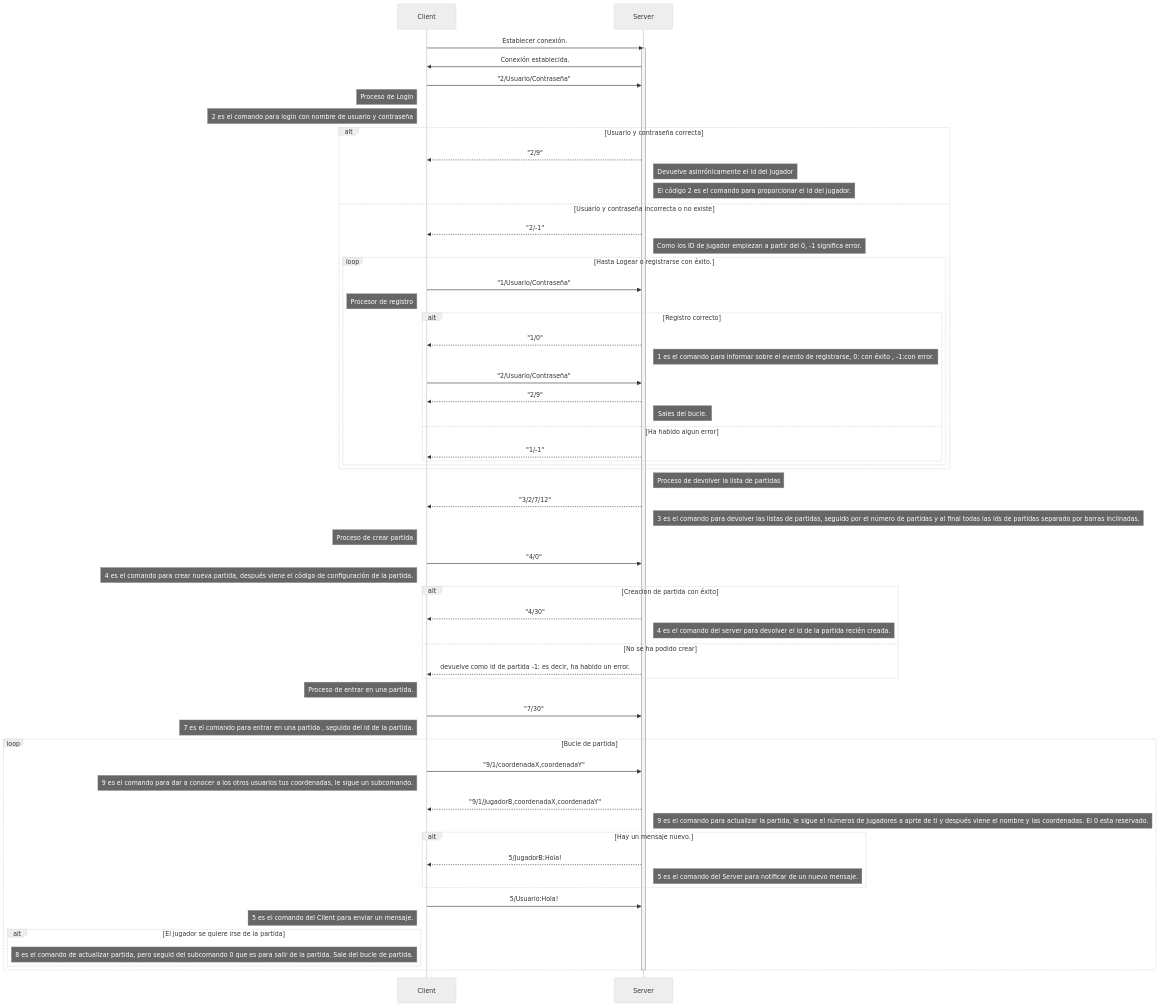
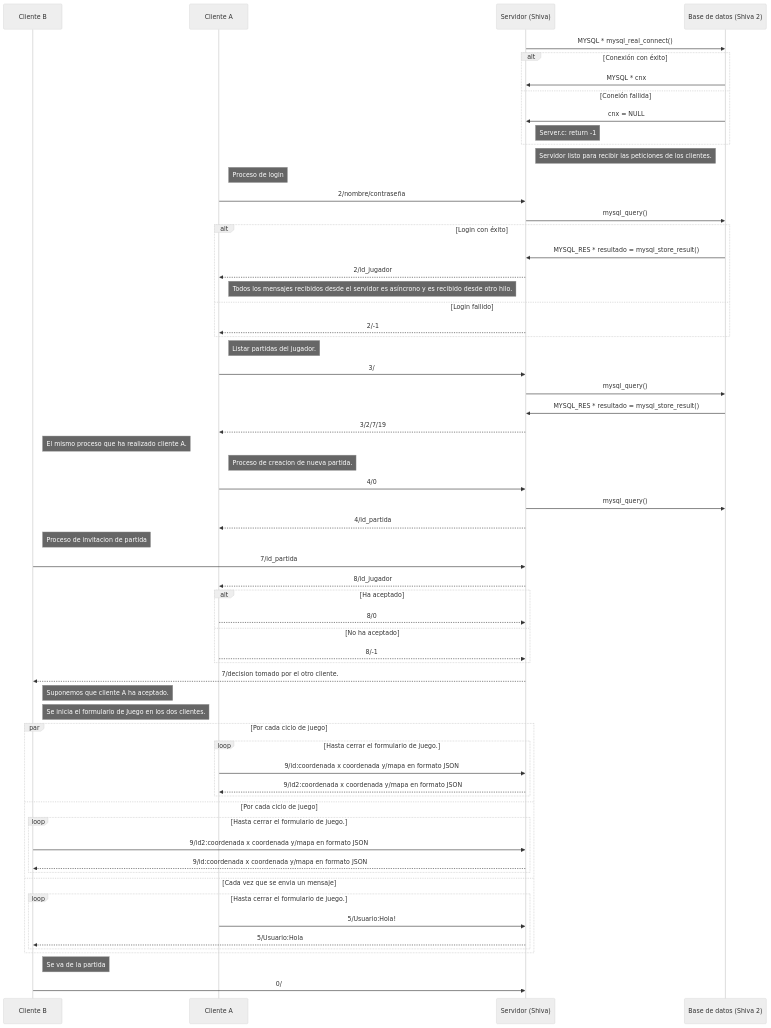
The diagram in README.md (wenjie-c/Proyecto-T3-SO-2024), drawn with Mermaid (neutral theme) before and after one commit. The commit also changed other lines of this file and 19 other files, not shown here.

Commit message:
He corregido el error de que el gamecontrol1 no se cerraba al cerrar el formulario Juego. He adaptado el cliente, el servidor y las bases de datos para subirlo en Shiva y en Shiva2, ademas he implementado la musica.

````diff
--- a/README.md
+++ b/README.md
@@ -8,71 +8,73 @@
 ```mermaid
-sequenceDiagram
-participant Client
-participant Server
-Client ->> Server: Establecer conexión.
-activate Server
-Server ->> Client : Conexión establecida.
-Client ->> Server : "2/Usuario/Contraseña"
-Note left of Client : Proceso de Login
-Note left of Client : 2 es el comando para login con nombre de usuario y contraseña
-alt Usuario y contraseña correcta
-Server -->> Client : "2/9"
-Note right of Server : Devuelve asinrónicamente el id del jugador
-Note right of Server : El código 2 es el comando para proporcionar el id del jugador.
-else Usuario y contraseña incorrecta o no existe
-Server -->> Client : "2/-1"
-Note right of Server : Como los ID de jugador empiezan a partir del 0, -1 significa error.
-loop Hasta Logear o registrarse con éxito.
-Client ->> Server : "1/Usuario/Contraseña"
+sequenceDiagram;
+participant Cliente B;
+participant Cliente A;
 
-Note left of Client : Procesor de registro
-alt Registro correcto
+participant Servidor (Shiva);
+participant Base de datos (Shiva 2);
 
-Server -->> Client : "1/0" 
-Note right of Server: 1 es el comando para informar sobre el evento de registrarse, 0: con éxito , -1:con error.
-Client ->> Server : "2/Usuario/Contraseña"
-Server -->> Client : "2/9"
-Note right of Server: Sales del bucle.
-else Ha habido algun error
-Server -->> Client : "1/-1"
-end
-end
-end
-Note right of Server : Proceso de devolver la lista de partidas
-Server -->> Client : "3/2/7/12"
-Note right of Server: 3 es el comando para devolver las listas de partidas, seguido por el número de partidas y al final todas las ids de partidas separado por barras inclinadas.
-Note left of Client: Proceso de crear partida
-Client ->> Server : "4/0"
-Note left of Client : 4 es el comando para crear nueva partida, después viene el código de configuración de la partida.
-alt Creacion de partida con éxito
-Server -->> Client : "4/30"
-Note right of Server : 4 es el comando del server para devolver el id de la partida recién creada.
-else No se ha podido crear
-Server -->> Client : devuelve como id de partida -1: es decir, ha habido un error.
+Servidor (Shiva) ->> Base de datos (Shiva 2): MYSQL * mysql_real_connect();
+alt Conexión con éxito
+Base de datos (Shiva 2) ->> Servidor (Shiva): MYSQL * cnx;
+else Coneión fallida
+Base de datos (Shiva 2) ->> Servidor (Shiva): cnx = NULL;
+Note right of Servidor (Shiva): Server.c: return -1;
+end;
+Note right of Servidor (Shiva): Servidor listo para recibir las peticiones de los clientes.
+Note right of Cliente A: Proceso de login;
+Cliente A ->> Servidor (Shiva): 2/nombre/contraseña
+Servidor (Shiva) ->> Base de datos (Shiva 2): mysql_query();
+alt Login con éxito
+Base de datos (Shiva 2) ->> Servidor (Shiva): MYSQL_RES * resultado = mysql_store_result();
+Servidor (Shiva) -->> Cliente A: 2/id_jugador;
+Note right of Cliente A: Todos los mensajes recibidos desde el servidor es asíncrono y es recibido desde otro hilo.
+else Login fallido
+Servidor (Shiva) -->> Cliente A: 2/-1;
 end
 
-Note left of Client: Proceso de entrar en una partida.
-Client ->> Server: "7/30"
-Note left of Client : 7 es el comando para entrar en una partida , seguido del id de la partida.
+Note right of Cliente A: Listar partidas del jugador.
+Cliente A ->> Servidor (Shiva): 3/;
+Servidor (Shiva) ->> Base de datos (Shiva 2): mysql_query();
+Base de datos (Shiva 2) ->> Servidor (Shiva): MYSQL_RES * resultado = mysql_store_result();
+Servidor (Shiva) -->> Cliente A: 3/2/7/19;
+Note right of Cliente B: El mismo proceso que ha realizado cliente A.
+Note right of Cliente A: Proceso de creacion de nueva partida.;
+Cliente A ->> Servidor (Shiva): 4/0;
+Servidor (Shiva) ->> Base de datos (Shiva 2): mysql_query();
+Servidor (Shiva) -->> Cliente A: 4/id_partida;
 
-loop Bucle de partida
-Client ->> Server : "9/1/coordenadaX,coordenadaY"
-Note left of Client : 9 es el comando para dar a conocer a los otros usuarios tus coordenadas, le sigue un subcomando.
-Server -->> Client : "9/1/JugadorB,coordenadaX,coordenadaY"
-Note right of Server : 9 es el comando para actualizar la partida, le sigue el números de jugadores a aprte de ti y después viene el nombre y las coordenadas. El 0 esta reservado.
+Note right of Cliente B: Proceso de invitacion de partida;
 
-alt Hay un mensaje nuevo.
-Server -->> Client : 5/JugadorB:Hola!
-Note right of Server: 5 es el comando del Server para notificar de un nuevo mensaje.
-end
-Client ->> Server: 5/Usuario:Hola!
-Note left of Client: 5 es el comando del Client para enviar un mensaje.
-alt El jugador se quiere irse de la partida
-Note left of Client: 8 es el comando de actualizar partida, pero seguid del subcomando 0 que es para salir de la partida. Sale del bucle de partida.
-end
-end
+Cliente B ->> Servidor (Shiva): 7/id_partida
+Servidor (Shiva) -->> Cliente A: 8/id_jugador
+alt Ha aceptado
+Cliente A -->> Servidor (Shiva): 8/0;
+else No ha aceptado
+Cliente A -->> Servidor (Shiva): 8/-1
+end;
+Servidor (Shiva) -->> Cliente B: 7/decision tomado por el otro cliente.
+Note right of Cliente B: Suponemos que cliente A ha aceptado.
 
-deactivate Server
+Note right of Cliente B: Se inicia el formulario de Juego en los dos clientes.
 
+par Por cada ciclo de juego
+loop Hasta cerrar el formulario de juego.
+Cliente A ->> Servidor (Shiva): 9/id:coordenada x coordenada y/mapa en formato JSON;
+Servidor (Shiva) -->> Cliente A: 9/id2:coordenada x coordenada y/mapa en formato JSON;
+end;
+and Por cada ciclo de juego
+loop Hasta cerrar el formulario de juego.
+Cliente B ->> Servidor (Shiva): 9/id2:coordenada x coordenada y/mapa en formato JSON;
+Servidor (Shiva) -->> Cliente B: 9/id:coordenada x coordenada y/mapa en formato JSON;
+end;
+and Cada vez que se envia un mensaje
+loop Hasta cerrar el formulario de juego.
+Cliente A ->> Servidor (Shiva): 5/Usuario:Hola!;
+Servidor (Shiva) -->> Cliente B : 5/Usuario:Hola;
+end;
+end;
+
+Note right of Cliente B: Se va de la partida;
+Cliente B ->> Servidor (Shiva): 0/;
 
 ```
````
